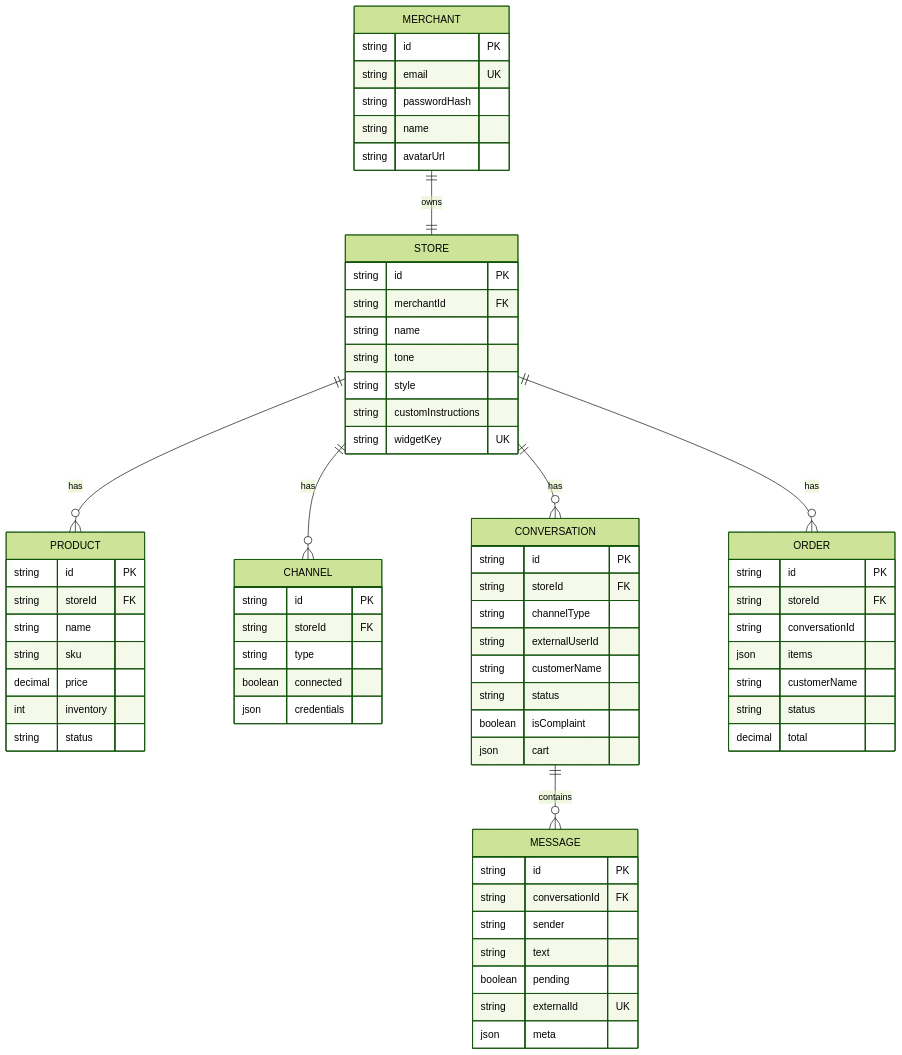
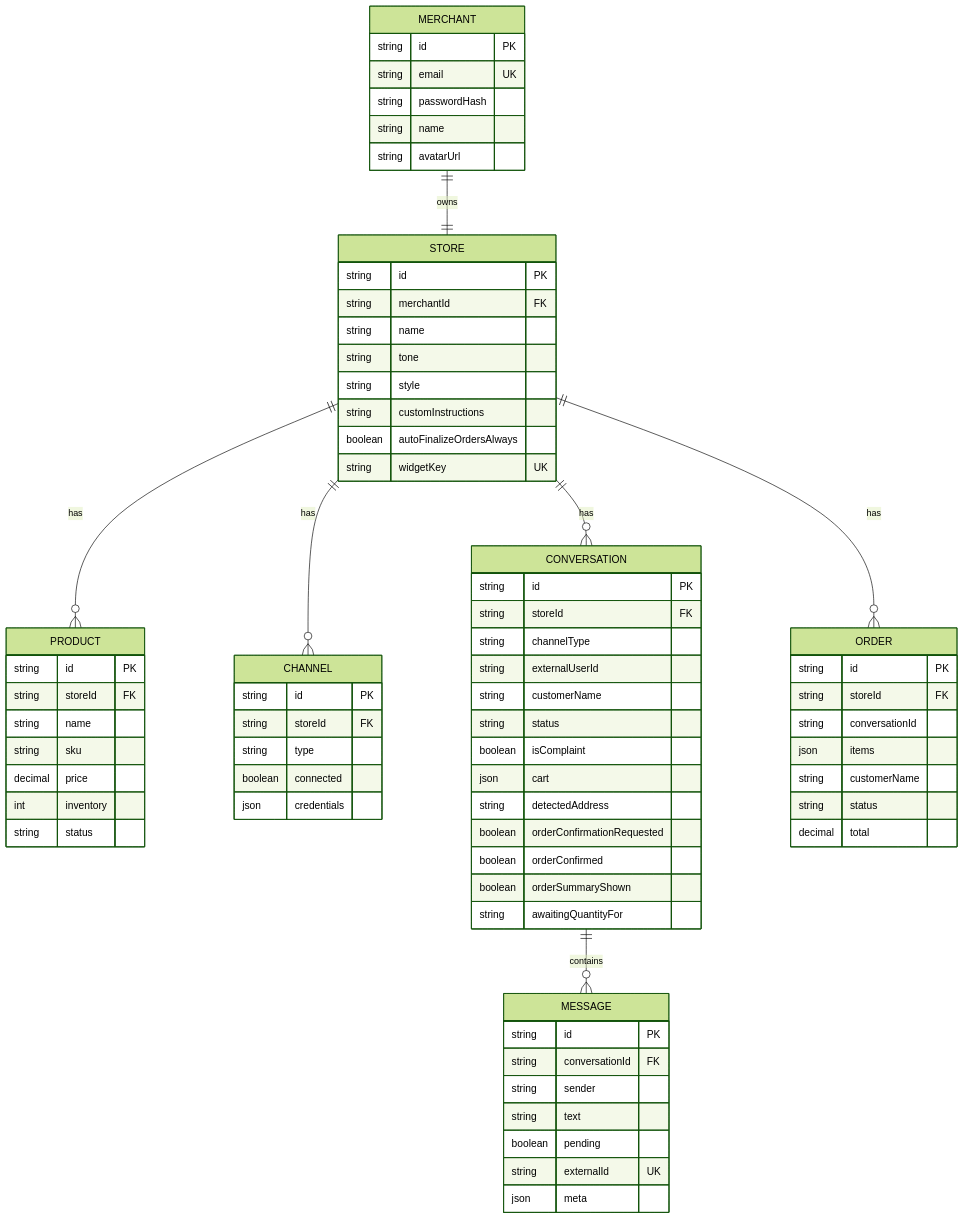
One commit to SafatUddin/CSE499_Demo changed the first of 5 diagrams in REVISION.md. Above: the diagram before and after it, drawn with Mermaid (forest theme). The commit also changed other lines of this file and 1 other file, not shown here.

First line of the commit message:
Update progress docs: next objectives and current architecture snapshot

````diff
--- a/REVISION.md
+++ b/REVISION.md
@@ -88,70 +100,76 @@
 ```mermaid
 erDiagram
     MERCHANT ||--|| STORE : owns
     STORE ||--o{ PRODUCT : has
     STORE ||--o{ CHANNEL : has
     STORE ||--o{ CONVERSATION : has
     STORE ||--o{ ORDER : has
     CONVERSATION ||--o{ MESSAGE : contains
 
     MERCHANT {
         string id PK
         string email UK
         string passwordHash
         string name
         string avatarUrl
     }
     STORE {
         string id PK
         string merchantId FK
         string name
         string tone
         string style
         string customInstructions
+        boolean autoFinalizeOrdersAlways
         string widgetKey UK
     }
     PRODUCT {
         string id PK
         string storeId FK
         string name
         string sku
         decimal price
         int inventory
         string status
     }
     CHANNEL {
         string id PK
         string storeId FK
         string type
         boolean connected
         json credentials
     }
     CONVERSATION {
         string id PK
         string storeId FK
         string channelType
         string externalUserId
         string customerName
         string status
         boolean isComplaint
         json cart
+        string detectedAddress
+        boolean orderConfirmationRequested
+        boolean orderConfirmed
+        boolean orderSummaryShown
+        string awaitingQuantityFor
     }
     MESSAGE {
         string id PK
         string conversationId FK
         string sender
         string text
         boolean pending
         string externalId UK
         json meta
     }
     ORDER {
         string id PK
         string storeId FK
         string conversationId
         json items
         string customerName
         string status
         decimal total
     }
 ```
````
